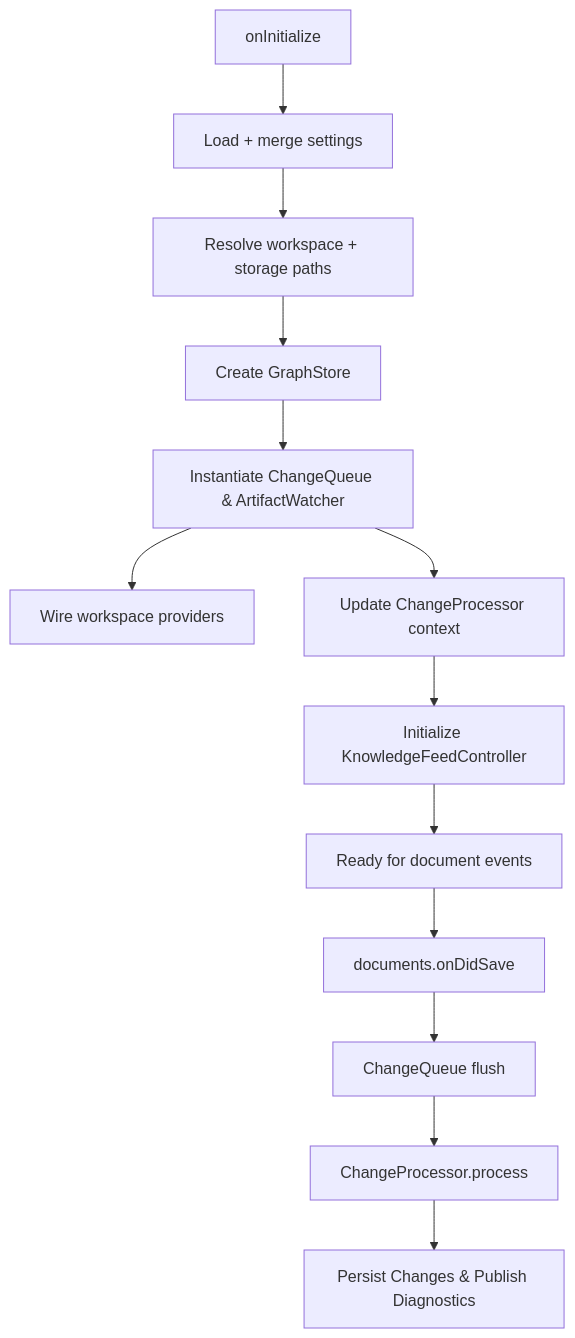
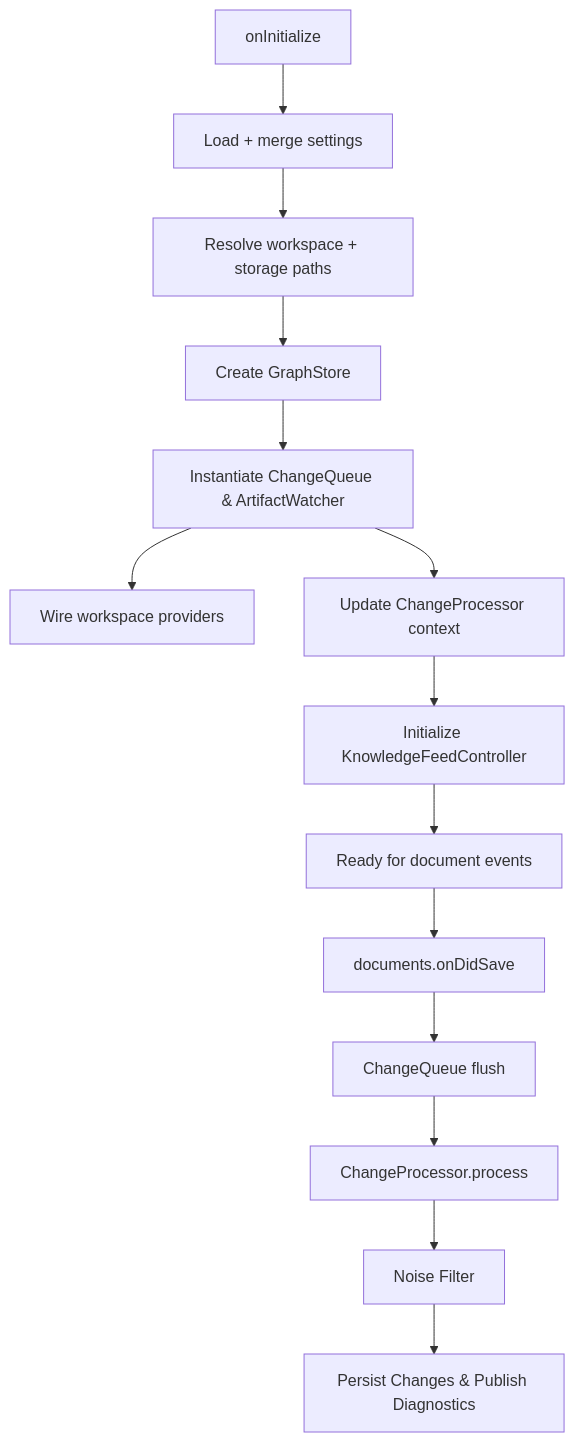
One commit to jfjordanfarr/Copilot-Improvement-Experiments changed the diagram in .mdmd/layer-4/language-server-runtime/languageServerRuntime.mdmd.md. Above: the diagram before and after it, drawn with Mermaid. The commit also changed other lines of this file and 20 other files, not shown here.

First line of the commit message:
T046 - feat: implement noise suppression settings for ripple diagnostics

````diff
--- a/.mdmd/layer-4/language-server-runtime/languageServerRuntime.mdmd.md
+++ b/.mdmd/layer-4/language-server-runtime/languageServerRuntime.mdmd.md
@@ -34,15 +34,16 @@
 ```mermaid
 graph TD
   A[onInitialize] --> B[Load + merge settings]
   B --> C[Resolve workspace + storage paths]
   C --> D[Create GraphStore]
   D --> E[Instantiate ChangeQueue & ArtifactWatcher]
   E --> F[Wire workspace providers]
   E --> G[Update ChangeProcessor context]
   G --> H[Initialize KnowledgeFeedController]
   H --> I[Ready for document events]
   I --> J[documents.onDidSave]
   J --> K[ChangeQueue flush]
   K --> L[ChangeProcessor.process]
-  L --> M[Persist Changes & Publish Diagnostics]
+  L --> M[Noise Filter]
+  M --> N[Persist Changes & Publish Diagnostics]
 ```
````
